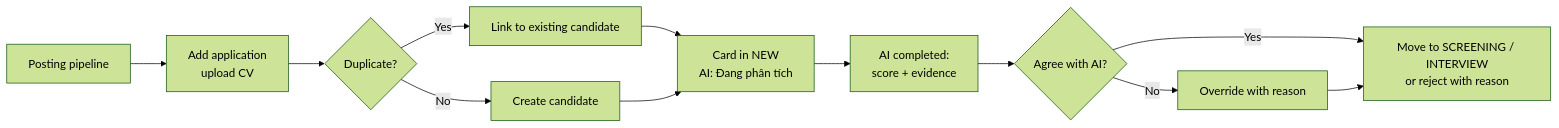
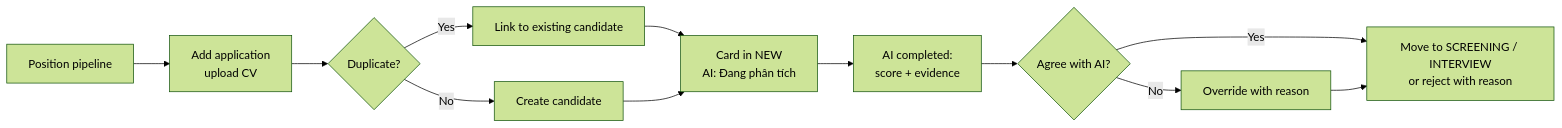
One commit to duongk18FPTU/recruitment-ats changed the second of 4 diagrams in docs/04-information-architecture.md. Above: the diagram before and after it, drawn with Mermaid (forest theme). The commit also changed other lines of this file and 19 other files, not shown here.

````diff
--- a/docs/04-information-architecture.md
+++ b/docs/04-information-architecture.md
@@ -160,13 +160,13 @@
 ```mermaid
 flowchart LR
-    A["Posting pipeline"] --> B["Add application<br/>upload CV"]
+    A["Position pipeline"] --> B["Add application<br/>upload CV"]
     B --> C{"Duplicate?"}
     C -->|Yes| D["Link to existing candidate"]
     C -->|No| E["Create candidate"]
     D & E --> F["Card in NEW<br/>AI: Đang phân tích"]
     F --> G["AI completed:<br/>score + evidence"]
     G --> H{"Agree with AI?"}
     H -->|No| I["Override with reason"]
     H -->|Yes| J["Move to SCREENING / INTERVIEW<br/>or reject with reason"]
     I --> J
 ```
````
